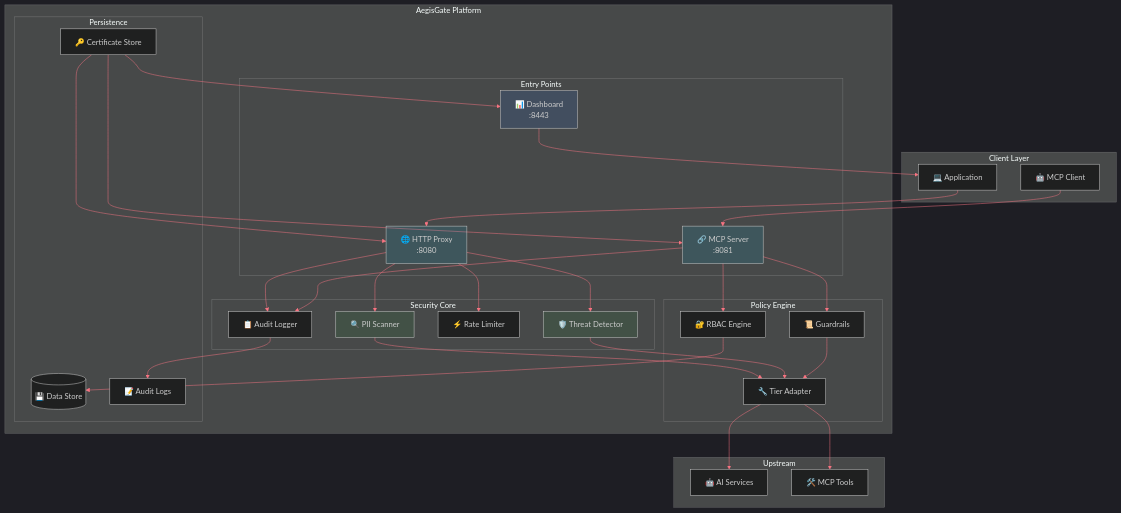
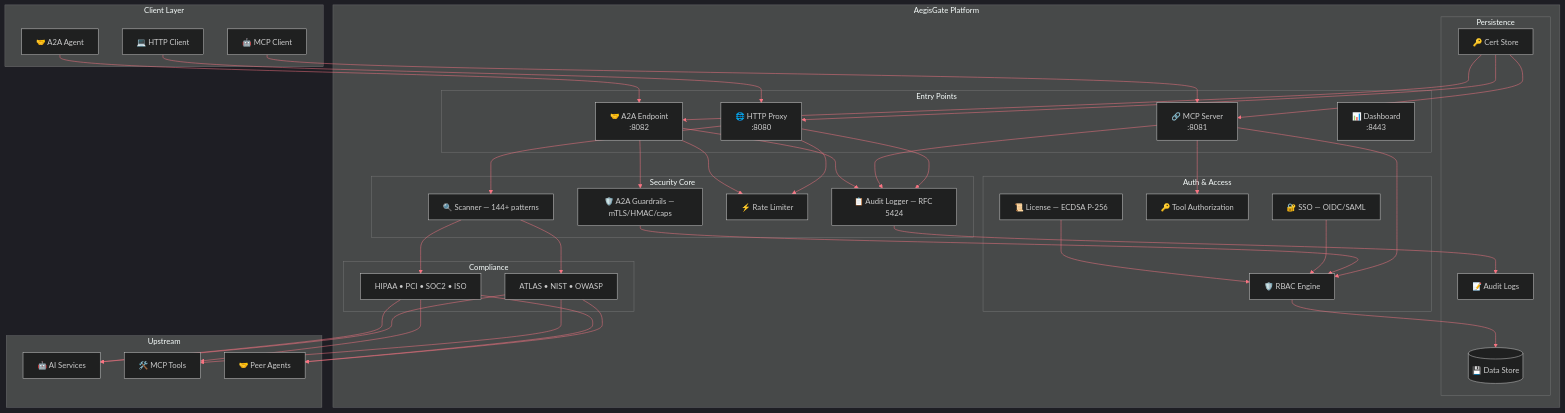
The diagram in README.md (aegisgatesecurity/aegisgate-platform), drawn with Mermaid before and after one commit. The commit also changed other lines of this file, not shown here.

First line of the commit message:
docs: overhaul README with three-pillar messaging, SSO/auth detail, K8s/Helm deployment, and honest metrics

````diff
--- a/README.md
+++ b/README.md
@@ -57,64 +119,68 @@
 ```mermaid
 %%{init: {'theme': 'dark', 'themeVariables': { 'primaryColor': '#00ADD8', 'primaryBorderColor': '#00ADD8', 'lineColor': '#F97583', 'secondaryColor': '#238636', 'tertiaryColor': '#1f6feb'}}}%%
 
 flowchart TB
     subgraph "Client Layer"
-        A[💻 Application]
+        A[💻 HTTP Client]
         B[🤖 MCP Client]
+        C[🤝 A2A Agent]
     end
 
     subgraph "AegisGate Platform"
         subgraph "Entry Points"
-            C["🌐 HTTP Proxy\n:8080"]
-            D["🔗 MCP Server\n:8081"]
-            E["📊 Dashboard\n:8443"]
+            D["🌐 HTTP Proxy\n:8080"]
+            E["🔗 MCP Server\n:8081"]
+            F["🤝 A2A Endpoint\n:8082"]
+            G["📊 Dashboard\n:8443"]
         end
-        
+
         subgraph "Security Core"
-            F[🔍 PII Scanner]
-            G[🛡️ Threat Detector]
-            H[⚡ Rate Limiter]
-            I[📋 Audit Logger]
+            H[🔍 Scanner — 144+ patterns]
+            I[🛡️ A2A Guardrails — mTLS/HMAC/caps]
+            J[⚡ Rate Limiter]
+            K[📋 Audit Logger — RFC 5424]
         end
-        
-        subgraph "Policy Engine"
-            J["🔐 RBAC Engine"]
-            K[📜 Guardrails]
-            L[🔧 Tier Adapter]
+
+        subgraph "Auth & Access"
+            L["🔐 SSO — OIDC/SAML"]
+            M["🛡️ RBAC Engine"]
+            N["🔑 Tool Authorization"]
+            O["📜 License — ECDSA P-256"]
         end
-        
+
+        subgraph "Compliance"
+            P[ATLAS • NIST • OWASP]
+            Q[HIPAA • PCI • SOC2 • ISO]
+        end
+
         subgraph "Persistence"
-            M[(💾 Data Store)]
-            N["📝 Audit Logs"]
-            O["🔑 Certificate Store"]
+            R[(💾 Data Store)]
+            S["📝 Audit Logs"]
+            T["🔑 Cert Store"]
         end
     end
-    
+
     subgraph "Upstream"
-        P[🤖 AI Services]
-        Q[🛠️ MCP Tools]
+        U[🤖 AI Services]
+        V[🛠️ MCP Tools]
+        W[🤝 Peer Agents]
     end
 
-    A --> C
-    B --> D
-    E --> A
-    
-    C --> F & G & H & I
-    D --> J & K & I
-    
-    F --> L
-    G --> L
-    K --> L
-    
-    L --> P & Q
-    
-    I --> N
-    J --> M
-    O --> C & D & E
-    
-    style C fill:#00ADD822
-    style D fill:#00ADD822
-    style E fill:#1f6feb22
-    style F fill:#23863622
-    style G fill:#23863622
+    A --> D
+    B --> E
+    C --> F
+
+    D --> H & J & K
+    E --> M & N & K
+    F --> I & J & K
+
+    H --> P & Q
+    I --> M
+    L --> M
+    O --> M
+    M --> R
+    K --> S
+    T --> D & E & F
+
+    P & Q --> U & V & W
 ```
````
